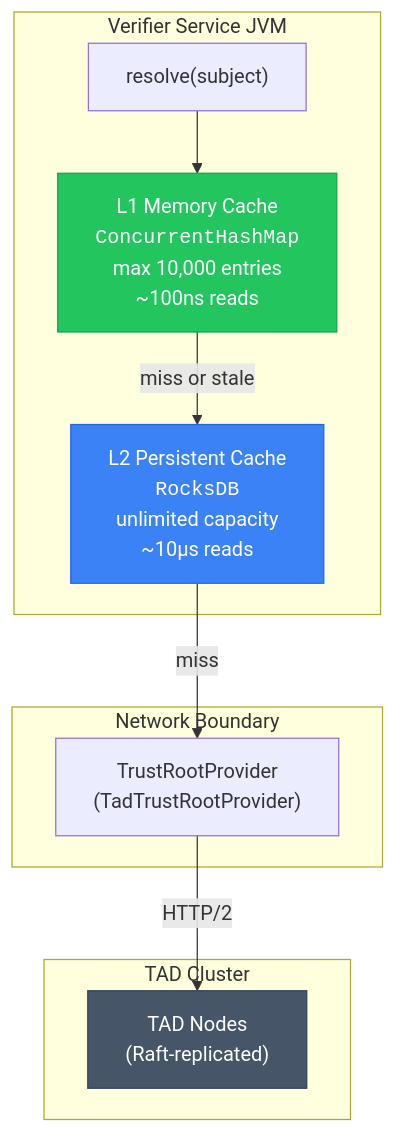
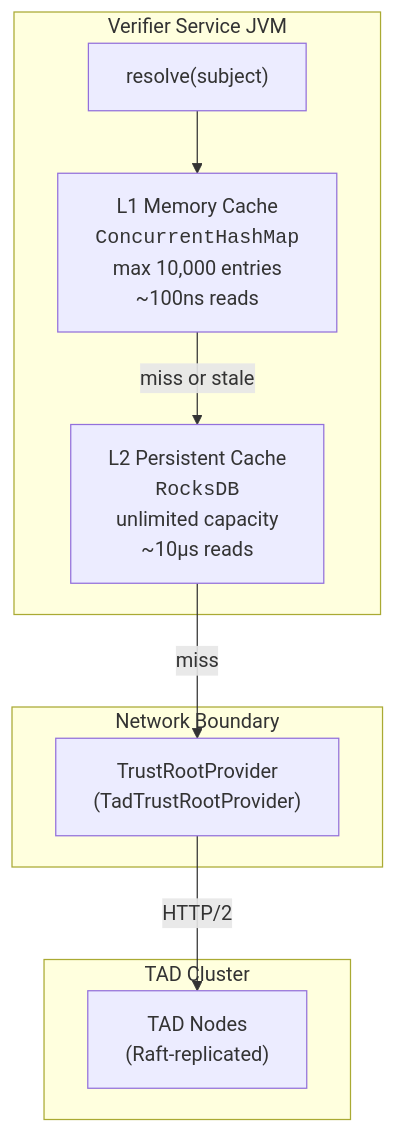
The first of 3 diagrams in docs/docs/architecture/caching-trustroot.md (cyfko/veridot), drawn with Mermaid before and after one commit. The commit also changed other lines of this file and 25 other files, not shown here.

First line of the commit message:
style: remove colorful fill styles from Mermaid diagrams

````diff
--- a/docs/docs/architecture/caching-trustroot.md
+++ b/docs/docs/architecture/caching-trustroot.md
@@ -19,25 +19,22 @@
 ```mermaid
 graph TB
     subgraph "Verifier Service JVM"
         R["resolve(subject)"]
         L1["L1 Memory Cache<br/><code>ConcurrentHashMap</code><br/>max 10,000 entries<br/>~100ns reads"]
         L2["L2 Persistent Cache<br/><code>RocksDB</code><br/>unlimited capacity<br/>~10μs reads"]
     end
 
     subgraph "Network Boundary"
         P["TrustRootProvider<br/>(TadTrustRootProvider)"]
     end
 
     subgraph "TAD Cluster"
         TAD["TAD Nodes<br/>(Raft-replicated)"]
     end
 
     R --> L1
     L1 -->|"miss or stale"| L2
     L2 -->|"miss"| P
     P -->|"HTTP/2"| TAD
 
-    style L1 fill:#22c55e,color:#fff,stroke:#16a34a
-    style L2 fill:#3b82f6,color:#fff,stroke:#2563eb
-    style TAD fill:#475569,color:#fff,stroke:#334155
 ```
````
